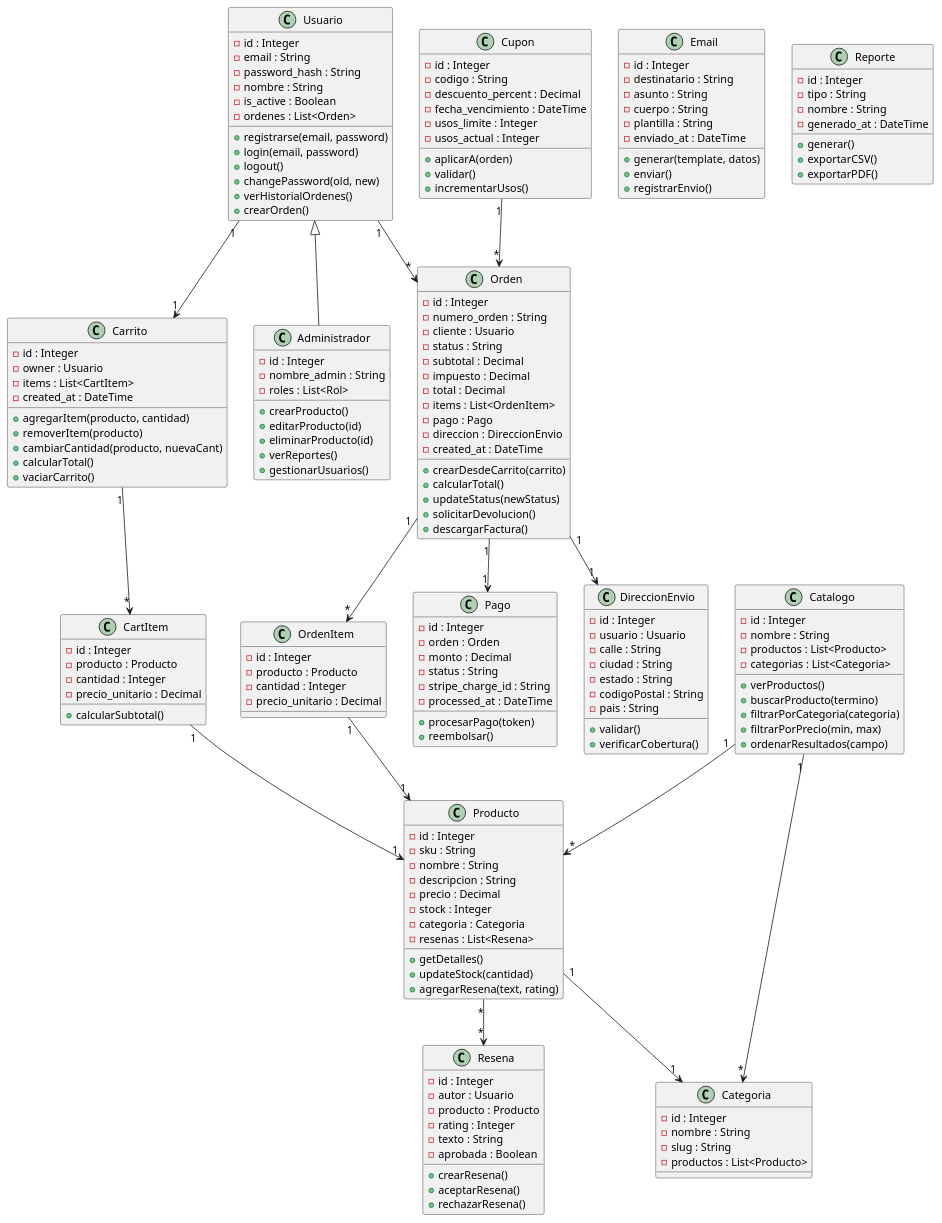
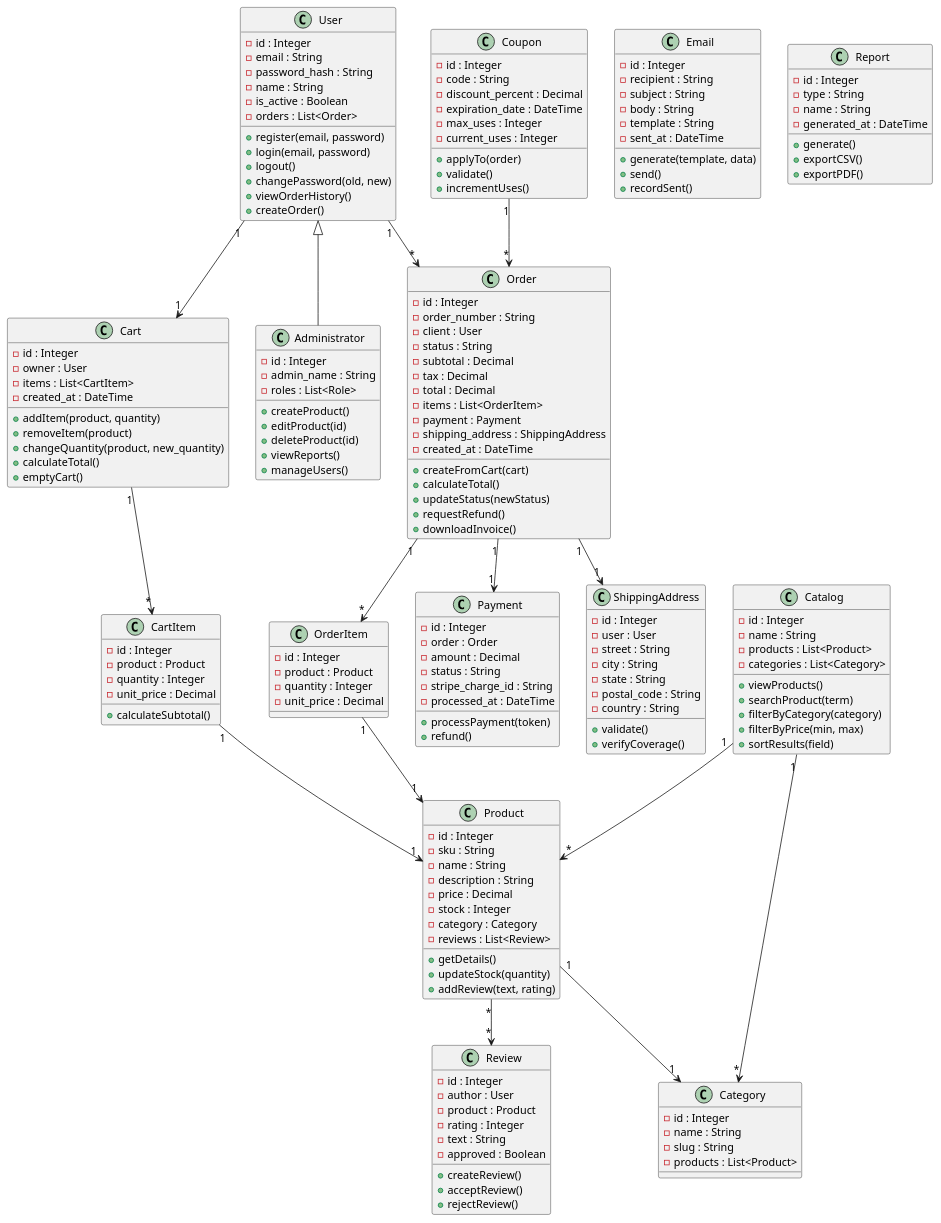
One commit to jcg-admin/IACT-docs changed the first of 7 diagrams in source/normativa/estandares/metodologia-analisis-dominio-ucs.rst. Above: the diagram before and after it, drawn with PlantUML. The commit also changed 1 other file, not shown here.

First paragraph of the commit message:
Translate identifiers in metodologia-*-ucs.rst (B-A partial)
Pioneer batch of WP spanish-class-names-corpus-audit.

```diff
--- a/source/normativa/estandares/metodologia-analisis-dominio-ucs.rst
+++ b/source/normativa/estandares/metodologia-analisis-dominio-ucs.rst
@@ -123,192 +123,192 @@
 
    @startuml
 
-   class Usuario {
+   class User {
      - id : Integer
      - email : String
      - password_hash : String
-     - nombre : String
+     - name : String
      - is_active : Boolean
-     - ordenes : List<Orden>
-     + registrarse(email, password)
+     - orders : List<Order>
+     + register(email, password)
      + login(email, password)
      + logout()
      + changePassword(old, new)
-     + verHistorialOrdenes()
-     + crearOrden()
+     + viewOrderHistory()
+     + createOrder()
    }
 
-   class Catalogo {
+   class Catalog {
      - id : Integer
-     - nombre : String
-     - productos : List<Producto>
-     - categorias : List<Categoria>
-     + verProductos()
-     + buscarProducto(termino)
-     + filtrarPorCategoria(categoria)
-     + filtrarPorPrecio(min, max)
-     + ordenarResultados(campo)
+     - name : String
+     - products : List<Product>
+     - categories : List<Category>
+     + viewProducts()
+     + searchProduct(term)
+     + filterByCategory(category)
+     + filterByPrice(min, max)
+     + sortResults(field)
    }
 
-   class Producto {
+   class Product {
      - id : Integer
      - sku : String
-     - nombre : String
-     - descripcion : String
-     - precio : Decimal
+     - name : String
+     - description : String
+     - price : Decimal
      - stock : Integer
-     - categoria : Categoria
-     - resenas : List<Resena>
-     + getDetalles()
-     + updateStock(cantidad)
-     + agregarResena(text, rating)
+     - category : Category
+     - reviews : List<Review>
+     + getDetails()
+     + updateStock(quantity)
+     + addReview(text, rating)
    }
 
-   class Categoria {
+   class Category {
      - id : Integer
-     - nombre : String
+     - name : String
      - slug : String
-     - productos : List<Producto>
+     - products : List<Product>
    }
 
-   class Carrito {
+   class Cart {
      - id : Integer
-     - owner : Usuario
+     - owner : User
      - items : List<CartItem>
      - created_at : DateTime
-     + agregarItem(producto, cantidad)
-     + removerItem(producto)
-     + cambiarCantidad(producto, nuevaCant)
-     + calcularTotal()
-     + vaciarCarrito()
+     + addItem(product, quantity)
+     + removeItem(product)
+     + changeQuantity(product, new_quantity)
+     + calculateTotal()
+     + emptyCart()
    }
 
    class CartItem {
      - id : Integer
-     - producto : Producto
-     - cantidad : Integer
-     - precio_unitario : Decimal
-     + calcularSubtotal()
+     - product : Product
+     - quantity : Integer
+     - unit_price : Decimal
+     + calculateSubtotal()
    }
 
-   class Orden {
+   class Order {
      - id : Integer
-     - numero_orden : String
-     - cliente : Usuario
+     - order_number : String
+     - client : User
      - status : String
      - subtotal : Decimal
-     - impuesto : Decimal
+     - tax : Decimal
      - total : Decimal
-     - items : List<OrdenItem>
-     - pago : Pago
-     - direccion : DireccionEnvio
+     - items : List<OrderItem>
+     - payment : Payment
+     - shipping_address : ShippingAddress
      - created_at : DateTime
-     + crearDesdeCarrito(carrito)
-     + calcularTotal()
+     + createFromCart(cart)
+     + calculateTotal()
      + updateStatus(newStatus)
-     + solicitarDevolucion()
-     + descargarFactura()
+     + requestRefund()
+     + downloadInvoice()
    }
 
-   class OrdenItem {
+   class OrderItem {
      - id : Integer
-     - producto : Producto
-     - cantidad : Integer
-     - precio_unitario : Decimal
+     - product : Product
+     - quantity : Integer
+     - unit_price : Decimal
    }
 
-   class Pago {
+   class Payment {
      - id : Integer
-     - orden : Orden
-     - monto : Decimal
+     - order : Order
+     - amount : Decimal
      - status : String
      - stripe_charge_id : String
      - processed_at : DateTime
-     + procesarPago(token)
-     + reembolsar()
+     + processPayment(token)
+     + refund()
    }
 
-   class Cupon {
+   class Coupon {
      - id : Integer
-     - codigo : String
-     - descuento_percent : Decimal
-     - fecha_vencimiento : DateTime
-     - usos_limite : Integer
-     - usos_actual : Integer
-     + aplicarA(orden)
-     + validar()
-     + incrementarUsos()
+     - code : String
+     - discount_percent : Decimal
+     - expiration_date : DateTime
+     - max_uses : Integer
+     - current_uses : Integer
+     + applyTo(order)
+     + validate()
+     + incrementUses()
    }
 
-   class DireccionEnvio {
+   class ShippingAddress {
      - id : Integer
-     - usuario : Usuario
-     - calle : String
-     - ciudad : String
-     - estado : String
-     - codigoPostal : String
-     - pais : String
-     + validar()
-     + verificarCobertura()
+     - user : User
+     - street : String
+     - city : String
+     - state : String
+     - postal_code : String
+     - country : String
+     + validate()
+     + verifyCoverage()
    }
 
    class Email {
      - id : Integer
-     - destinatario : String
-     - asunto : String
-     - cuerpo : String
-     - plantilla : String
-     - enviado_at : DateTime
-     + generar(template, datos)
-     + enviar()
-     + registrarEnvio()
+     - recipient : String
+     - subject : String
+     - body : String
+     - template : String
+     - sent_at : DateTime
+     + generate(template, data)
+     + send()
+     + recordSent()
    }
 
-   class Resena {
+   class Review {
      - id : Integer
-     - autor : Usuario
-     - producto : Producto
+     - author : User
+     - product : Product
      - rating : Integer
-     - texto : String
-     - aprobada : Boolean
-     + crearResena()
-     + aceptarResena()
-     + rechazarResena()
+     - text : String
+     - approved : Boolean
+     + createReview()
+     + acceptReview()
+     + rejectReview()
    }
 
-   class Administrador {
+   class Administrator {
      - id : Integer
-     - nombre_admin : String
-     - roles : List<Rol>
-     + crearProducto()
-     + editarProducto(id)
-     + eliminarProducto(id)
-     + verReportes()
-     + gestionarUsuarios()
+     - admin_name : String
+     - roles : List<Role>
+     + createProduct()
+     + editProduct(id)
+     + deleteProduct(id)
+     + viewReports()
+     + manageUsers()
    }
 
-   class Reporte {
+   class Report {
      - id : Integer
-     - tipo : String
-     - nombre : String
-     - generado_at : DateTime
-     + generar()
-     + exportarCSV()
-     + exportarPDF()
+     - type : String
+     - name : String
+     - generated_at : DateTime
+     + generate()
+     + exportCSV()
+     + exportPDF()
    }
 
-   Usuario "1" --> "*" Orden
-   Usuario "1" --> "1" Carrito
-   Carrito "1" --> "*" CartItem
-   CartItem "1" --> "1" Producto
-   Orden "1" --> "*" OrdenItem
-   OrdenItem "1" --> "1" Producto
-   Orden "1" --> "1" Pago
-   Orden "1" --> "1" DireccionEnvio
-   Producto "1" --> "1" Categoria
-   Producto "*" --> "*" Resena
-   Cupon "1" --> "*" Orden
-   Catalogo "1" --> "*" Producto
-   Catalogo "1" --> "*" Categoria
-   Usuario <|-- Administrador
+   User "1" --> "*" Order
+   User "1" --> "1" Cart
+   Cart "1" --> "*" CartItem
+   CartItem "1" --> "1" Product
+   Order "1" --> "*" OrderItem
+   OrderItem "1" --> "1" Product
+   Order "1" --> "1" Payment
+   Order "1" --> "1" ShippingAddress
+   Product "1" --> "1" Category
+   Product "*" --> "*" Review
+   Coupon "1" --> "*" Order
+   Catalog "1" --> "*" Product
+   Catalog "1" --> "*" Category
+   User <|-- Administrator
    @enduml
```
